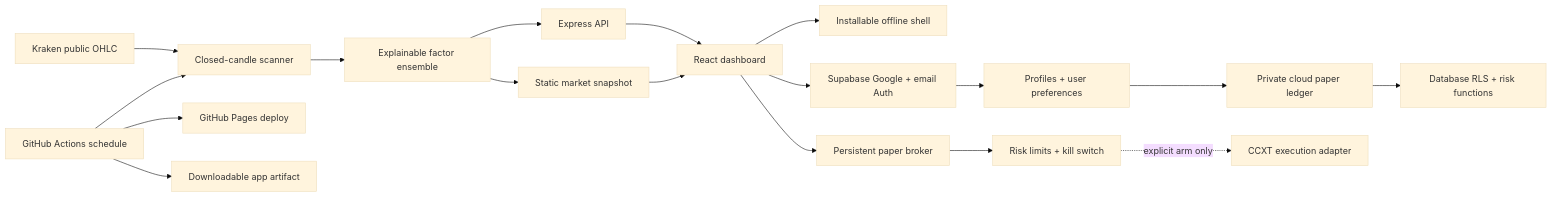
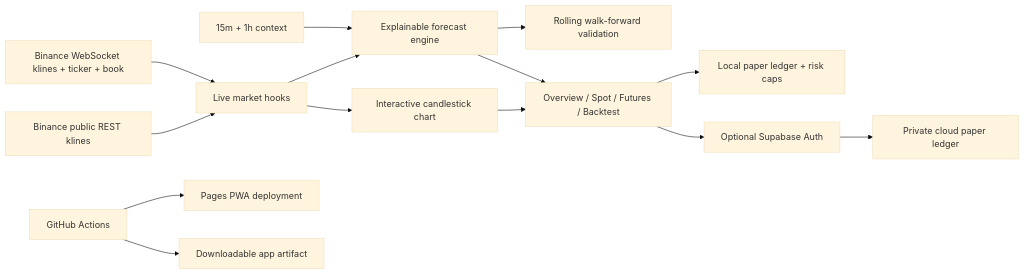
One commit to daniel-techAI/CryptoFuck changed the diagram in docs/architecture.md. Above: the diagram before and after it, drawn with Mermaid (base theme). The commit also changed other lines of this file and 26 other files, not shown here.

Commit message:
Launch live Binance trading dashboard (#16)

````diff
--- a/docs/architecture.md
+++ b/docs/architecture.md
@@ -3,20 +3,16 @@
 ```mermaid
 flowchart LR
-  Kraken[Kraken public OHLC] --> Scanner[Closed-candle scanner]
-  Scanner --> Ensemble[Explainable factor ensemble]
-  Ensemble --> API[Express API]
-  Ensemble --> Snapshot[Static market snapshot]
-  API --> Dashboard[React dashboard]
-  Snapshot --> Dashboard
-  Dashboard --> PWA[Installable offline shell]
-  Dashboard --> Auth[Supabase Google + email Auth]
-  Auth --> Profiles[Profiles + user preferences]
-  Profiles --> CloudPaper[Private cloud paper ledger]
-  CloudPaper --> DbRisk[Database RLS + risk functions]
-  Dashboard --> Paper[Persistent paper broker]
-  Paper --> Risk[Risk limits + kill switch]
-  Risk -. explicit arm only .-> CCXT[CCXT execution adapter]
-  Actions[GitHub Actions schedule] --> Scanner
-  Actions --> Pages[GitHub Pages deploy]
+  BinanceRest[Binance public REST klines] --> LiveStore[Live market hooks]
+  BinanceWs[Binance WebSocket klines + ticker + book] --> LiveStore
+  LiveStore --> Chart[Interactive candlestick chart]
+  LiveStore --> Forecast[Explainable forecast engine]
+  Forecast --> Validation[Rolling walk-forward validation]
+  Context[15m + 1h context] --> Forecast
+  Chart --> Tabs[Overview / Spot / Futures / Backtest]
+  Forecast --> Tabs
+  Tabs --> LocalPaper[Local paper ledger + risk caps]
+  Tabs --> Auth[Optional Supabase Auth]
+  Auth --> CloudPaper[Private cloud paper ledger]
+  Actions[GitHub Actions] --> Pages[Pages PWA deployment]
   Actions --> Package[Downloadable app artifact]
 ```
````
